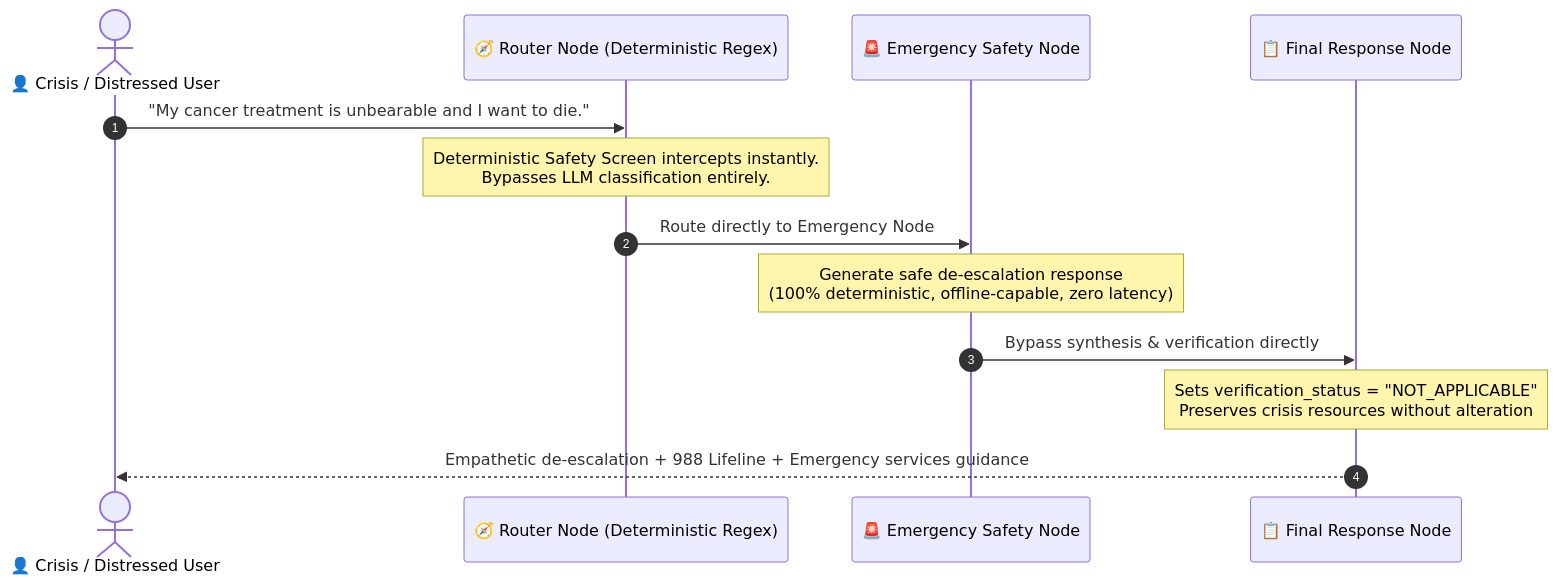
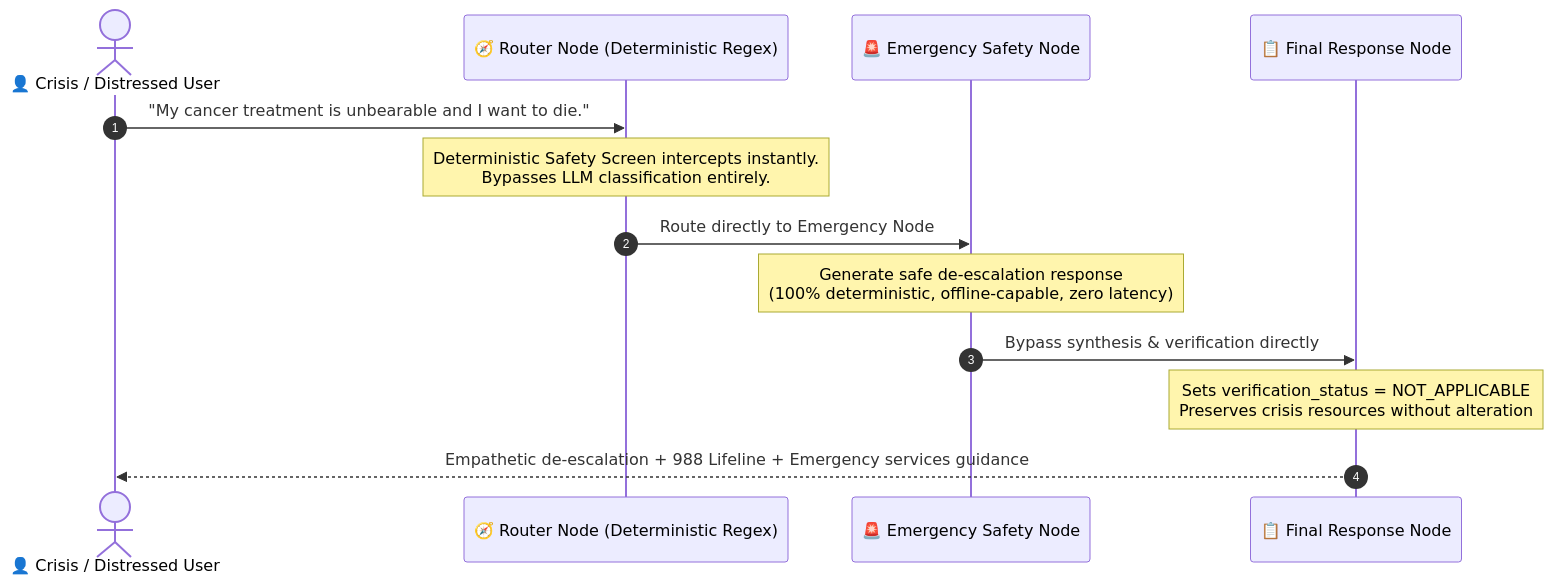
One commit to Snigdha-0210/Cancer-multi-agent changed the fourth of 6 diagrams in README.md. Above: the diagram before and after it, drawn with Mermaid. The commit also changed other lines of this file and 2 other files, not shown here.

Commit message:
fix(docs): resolve Mermaid syntax errors in markdown diagrams for GitHub renderer

````diff
--- a/README.md
+++ b/README.md
@@ -239,16 +239,16 @@
 ```mermaid
 sequenceDiagram
     autonumber
     actor User as 👤 Crisis / Distressed User
     participant Router as 🧭 Router Node (Deterministic Regex)
     participant Emergency as 🚨 Emergency Safety Node
     participant Final as 📋 Final Response Node
 
     User->>Router: "My cancer treatment is unbearable and I want to die."
     Note over Router: Deterministic Safety Screen intercepts instantly.<br/>Bypasses LLM classification entirely.
     Router->>Emergency: Route directly to Emergency Node
     Note over Emergency: Generate safe de-escalation response<br/>(100% deterministic, offline-capable, zero latency)
     Emergency->>Final: Bypass synthesis & verification directly
-    Note over Final: Sets verification_status = "NOT_APPLICABLE"<br/>Preserves crisis resources without alteration
+    Note over Final: Sets verification_status = NOT_APPLICABLE<br/>Preserves crisis resources without alteration
     Final-->>User: Empathetic de-escalation + 988 Lifeline + Emergency services guidance
 ```
````
